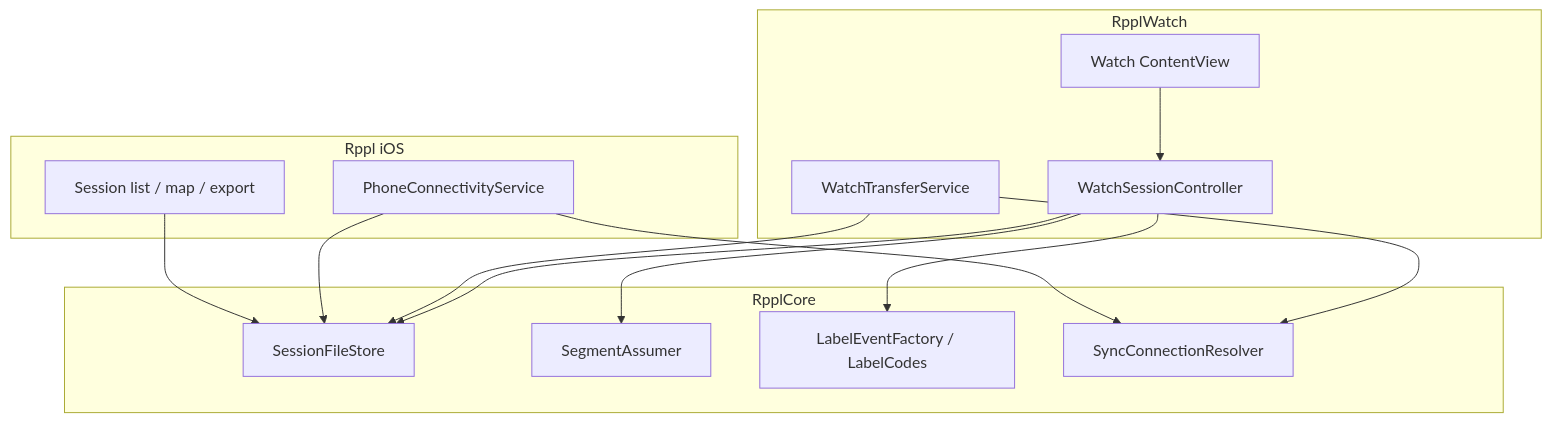
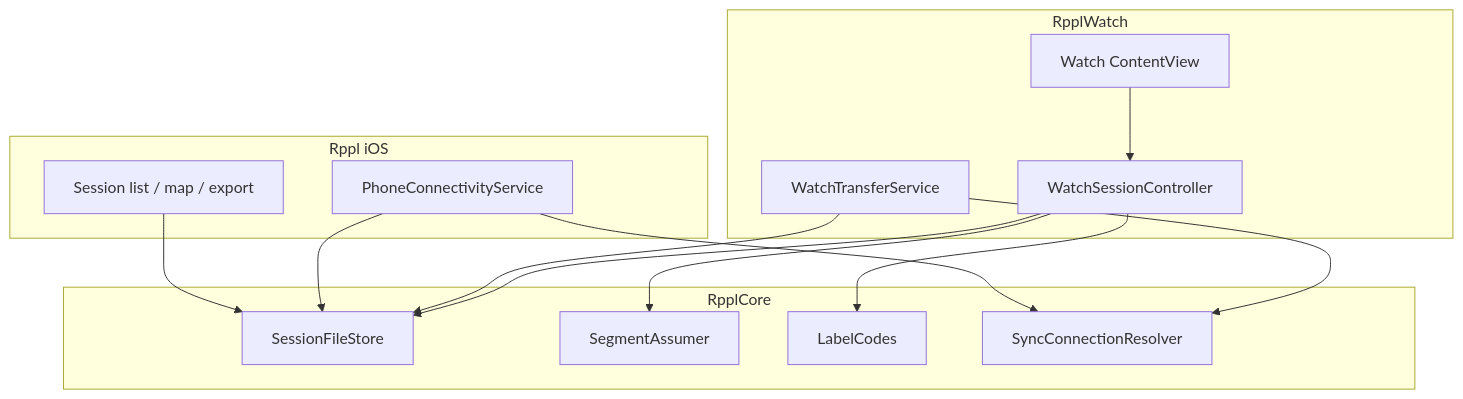
Before and after one commit to DCSBL/rppl: the first of 2 diagrams in Docs/DESIGN.md, drawn with Mermaid. The commit also changed other lines of this file and 21 other files, not shown here.

````diff
--- a/Docs/DESIGN.md
+++ b/Docs/DESIGN.md
@@ -7,30 +7,30 @@
 ```mermaid
 flowchart TB
   subgraph watch [RpplWatch]
     WSC[WatchSessionController]
     WUI[Watch ContentView]
     WCSend[WatchTransferService]
   end
 
   subgraph core [RpplCore]
     Store[SessionFileStore]
     Assumer[SegmentAssumer]
-    Labels[LabelEventFactory / LabelCodes]
+    Codes[LabelCodes]
     SyncRes[SyncConnectionResolver]
   end
 
   subgraph phone [Rppl iOS]
     PCS[PhoneConnectivityService]
     PUI[Session list / map / export]
   end
 
   WUI --> WSC
   WSC --> Assumer
-  WSC --> Labels
+  WSC --> Codes
   WSC --> Store
   WCSend --> Store
   WCSend --> SyncRes
   PCS --> Store
   PCS --> SyncRes
   PUI --> Store
 ```
````
